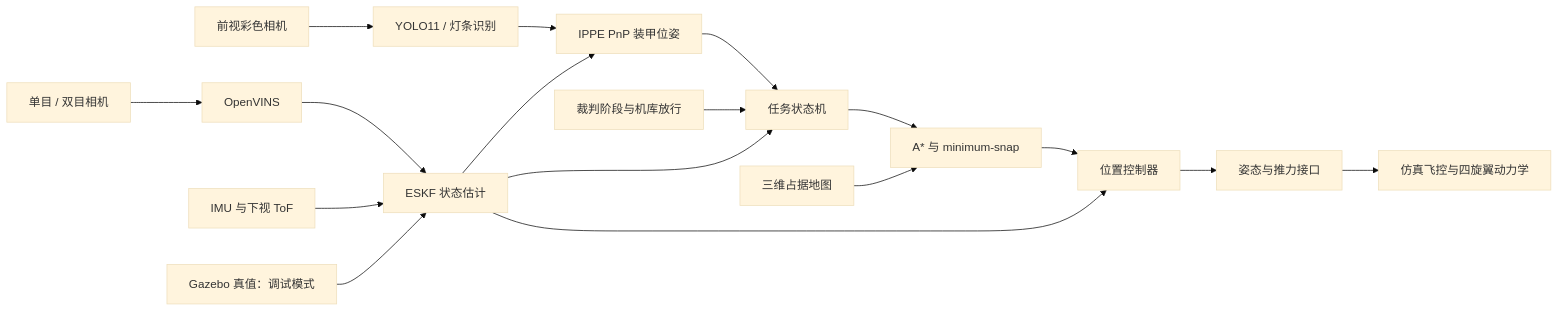
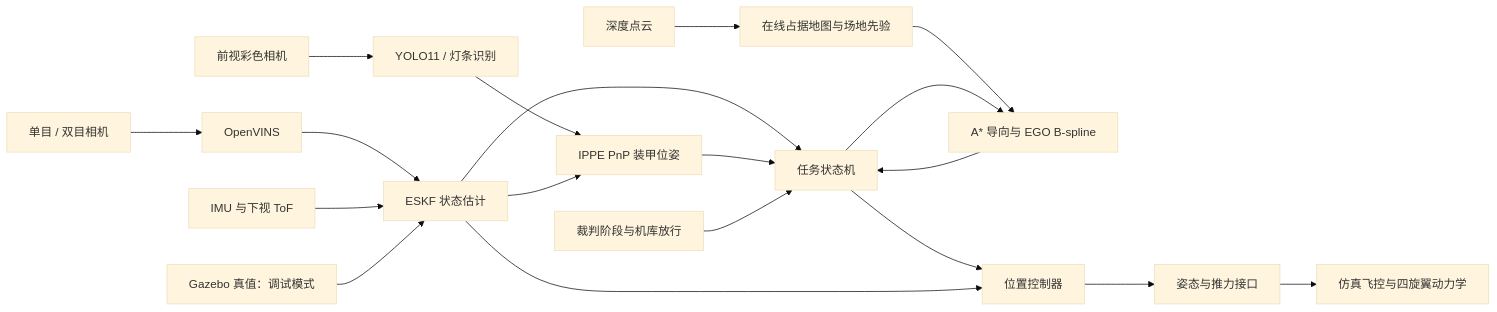
The diagram in README.md (abing-coder/RM27_DRONE), drawn with Mermaid (base theme) before and after one commit. The commit also changed other lines of this file and 43 other files, not shown here.

Commit message:
接入：EGO局部规划与深度在线建图和动态避障

````diff
--- a/README.md
+++ b/README.md
@@ -53,19 +54,21 @@
 ```mermaid
 flowchart LR
     RGB[前视彩色相机] --> DET[YOLO11 / 灯条识别]
     DET --> PNP[IPPE PnP 装甲位姿]
     STEREO[单目 / 双目相机] --> VIO[OpenVINS]
     VIO --> EST[ESKF 状态估计]
     IMU[IMU 与下视 ToF] --> EST
     GT[Gazebo 真值：调试模式] --> EST
     EST --> PNP
     EST --> MISSION[任务状态机]
     PNP --> MISSION
     REF[裁判阶段与机库放行] --> MISSION
-    MAP[三维占据地图] --> PLAN[A* 与 minimum-snap]
+    DEPTH[深度点云] --> MAP[在线占据地图与场地先验]
+    MAP --> PLAN[A* 导向与 EGO B-spline]
     MISSION --> PLAN
-    PLAN --> CTRL[位置控制器]
+    PLAN --> MISSION
+    MISSION --> CTRL[位置控制器]
     EST --> CTRL
     CTRL --> FC[姿态与推力接口]
     FC --> SIM[仿真飞控与四旋翼动力学]
 ```
````
